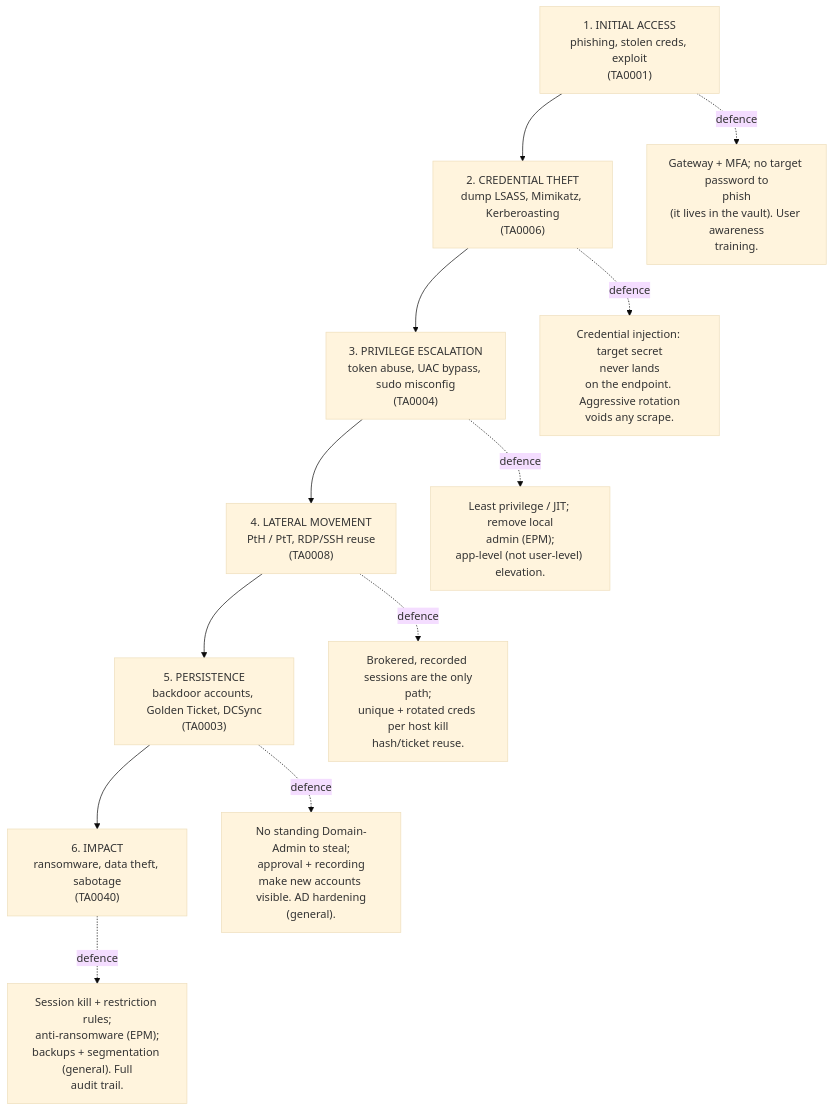
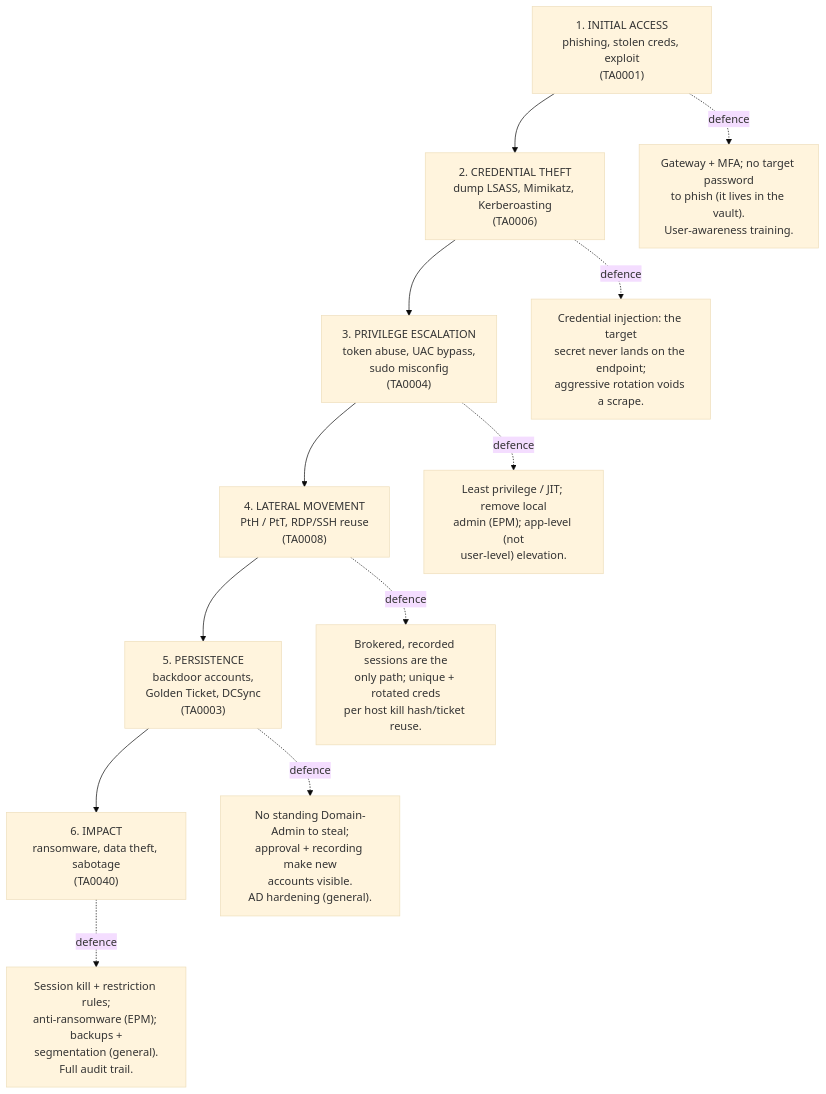
The diagram in attack-to-defense-matrix.md (morandeirachema/WallixCerts), drawn with Mermaid (base theme) before and after one commit. The commit also changed 35 other files, not shown here.

First line of the commit message:
Tidy Mermaid boxes: balanced wrapping at a narrower width (36)

````diff
--- a/attack-to-defense-matrix.md
+++ b/attack-to-defense-matrix.md
@@ -50,24 +50,24 @@
 ```mermaid
 flowchart TB
     S1["1. INITIAL ACCESS<br/>phishing, stolen creds, exploit<br/>(TA0001)"]
     S2["2. CREDENTIAL THEFT<br/>dump LSASS, Mimikatz, Kerberoasting<br/>(TA0006)"]
-    S3["3. PRIVILEGE ESCALATION<br/>token abuse, UAC bypass, sudo misconfig<br/>(TA0004)"]
+    S3["3. PRIVILEGE ESCALATION<br/>token abuse, UAC bypass,<br/>sudo misconfig<br/>(TA0004)"]
     S4["4. LATERAL MOVEMENT<br/>PtH / PtT, RDP/SSH reuse<br/>(TA0008)"]
-    S5["5. PERSISTENCE<br/>backdoor accounts, Golden Ticket, DCSync<br/>(TA0003)"]
+    S5["5. PERSISTENCE<br/>backdoor accounts,<br/>Golden Ticket, DCSync<br/>(TA0003)"]
     S6["6. IMPACT<br/>ransomware, data theft, sabotage<br/>(TA0040)"]
     S1 --> S2 --> S3 --> S4 --> S5 --> S6
 
-    D1["Gateway + MFA; no target password to<br/>phish<br/>(it lives in the vault). User awareness<br/>training."]
-    D2["Credential injection: target secret<br/>never lands<br/>on the endpoint. Aggressive rotation<br/>voids any scrape."]
-    D3["Least privilege / JIT; remove local<br/>admin (EPM);<br/>app-level (not user-level) elevation."]
-    D4["Brokered, recorded sessions are the only<br/>path;<br/>unique + rotated creds per host kill<br/>hash/ticket reuse."]
-    D5["No standing Domain-Admin to steal;<br/>approval + recording<br/>make new accounts visible. AD hardening<br/>(general)."]
-    D6["Session kill + restriction rules;<br/>anti-ransomware (EPM);<br/>backups + segmentation (general). Full<br/>audit trail."]
+    D1["Gateway + MFA; no target password<br/>to phish (it lives in the vault).<br/>User-awareness training."]
+    D2["Credential injection: the target<br/>secret never lands on the endpoint;<br/>aggressive rotation voids a scrape."]
+    D3["Least privilege / JIT; remove local<br/>admin (EPM); app-level (not<br/>user-level) elevation."]
+    D4["Brokered, recorded sessions are the<br/>only path; unique + rotated creds<br/>per host kill hash/ticket reuse."]
+    D5["No standing Domain-Admin to steal;<br/>approval + recording make new<br/>accounts visible.<br/>AD hardening (general)."]
+    D6["Session kill + restriction rules;<br/>anti-ransomware (EPM); backups +<br/>segmentation (general).<br/>Full audit trail."]
 
     S1 -. "defence" .-> D1
     S2 -. "defence" .-> D2
     S3 -. "defence" .-> D3
     S4 -. "defence" .-> D4
     S5 -. "defence" .-> D5
     S6 -. "defence" .-> D6
 ```
````
